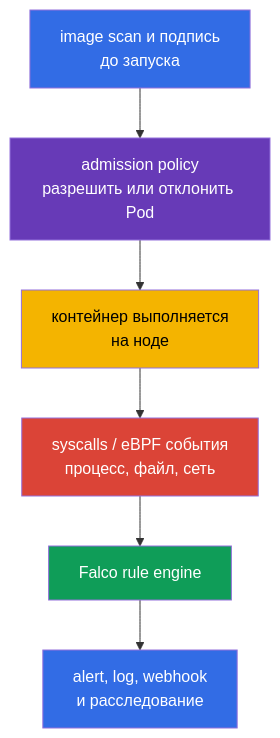
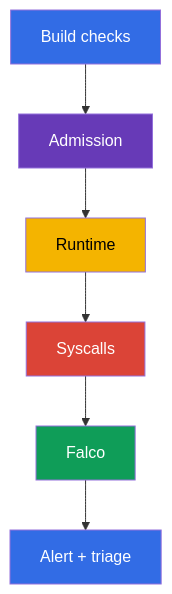
One commit to ViktorUJ/cks changed the first of 3 diagrams in tasks/cks/course/29/ru.md. Above: the diagram before and after it, drawn with Mermaid. The commit also changed other lines of this file and 19 other files, not shown here.

````diff
--- a/tasks/cks/course/29/ru.md
+++ b/tasks/cks/course/29/ru.md
@@ -33,14 +33,14 @@
 ```mermaid
 flowchart TB
-    build["image scan и подпись<br/>до запуска"] --> admit["admission policy<br/>разрешить или отклонить Pod"]
-    admit --> runtime["контейнер выполняется<br/>на ноде"]
-    runtime --> events["syscalls / eBPF события<br/>процесс, файл, сеть"]
-    events --> falco["Falco rule engine"]
-    falco --> alert["alert, log, webhook<br/>и расследование"]
+    build["Build checks"] --> admit["Admission"]
+    admit --> runtime["Runtime"]
+    runtime --> events["Syscalls"]
+    events --> falco["Falco"]
+    falco --> alert["Alert + triage"]
     style build fill:#326ce5,color:#fff
     style admit fill:#673ab7,color:#fff
     style runtime fill:#f4b400,color:#000
     style events fill:#db4437,color:#fff
     style falco fill:#0f9d58,color:#fff
     style alert fill:#326ce5,color:#fff
 ```
````
